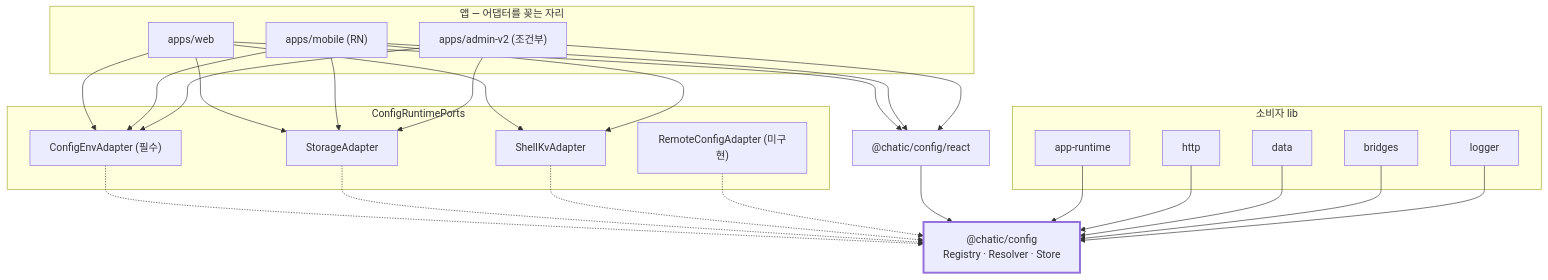
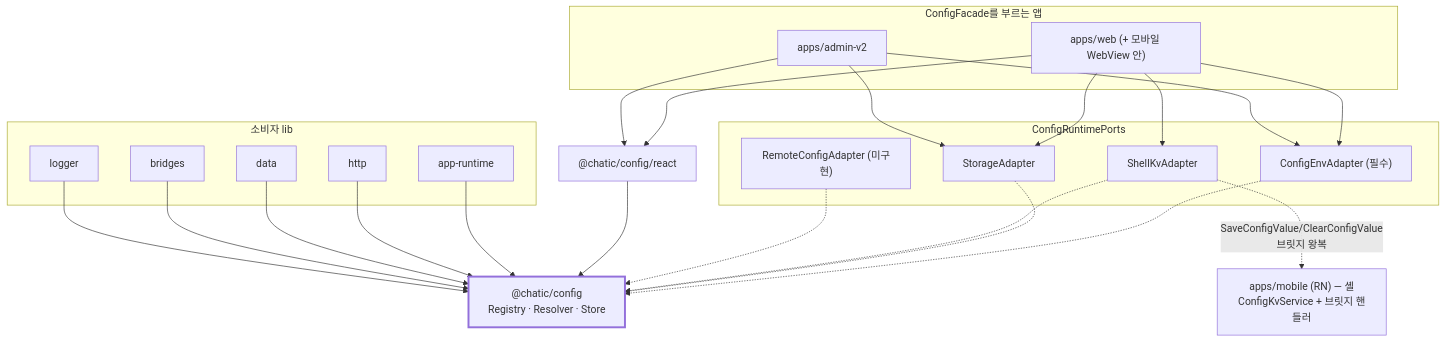
One commit to lemoncloud-io/dou-app changed the first of 3 diagrams in libs/config/docs/architecture.md. Above: the diagram before and after it, drawn with Mermaid. The commit also changed other lines of this file and 25 other files, not shown here.

````diff
--- a/libs/config/docs/architecture.md
+++ b/libs/config/docs/architecture.md
@@ -103,31 +103,31 @@
 ```mermaid
 graph TD
-    subgraph roots["앱 — 어댑터를 꽂는 자리"]
-        WEB["apps/web"]
-        MOB["apps/mobile (RN)"]
-        ADM["apps/admin-v2 (조건부)"]
+    subgraph roots["ConfigFacade를 부르는 앱"]
+        WEB["apps/web (+ 모바일 WebView 안)"]
+        ADM["apps/admin-v2"]
     end
     subgraph ports["ConfigRuntimePorts"]
         ENV["ConfigEnvAdapter (필수)"]
         STO["StorageAdapter"]
         SHL["ShellKvAdapter"]
         REM["RemoteConfigAdapter (미구현)"]
     end
+    MOB["apps/mobile (RN) — 셸<br/>ConfigKvService + 브릿지 핸들러"]
     CFG["@chatic/config<br/>Registry · Resolver · Store"]
     RCT["@chatic/config/react"]
     subgraph consumers["소비자 lib"]
         ART["app-runtime"]
         HTP["http"]
         DAT["data"]
         BRG["bridges"]
         LGR["logger"]
     end
     WEB --> ENV & STO & SHL
-    MOB --> ENV & STO & SHL
     ADM --> ENV & STO
+    SHL -. "SaveConfigValue/ClearConfigValue<br/>브릿지 왕복" .-> MOB
     ENV & STO & SHL & REM -.-> CFG
-    WEB & MOB & ADM --> RCT
+    WEB & ADM --> RCT
     RCT --> CFG
     ART & HTP & DAT & BRG & LGR --> CFG
     style CFG stroke-width:3px
 ```
````
